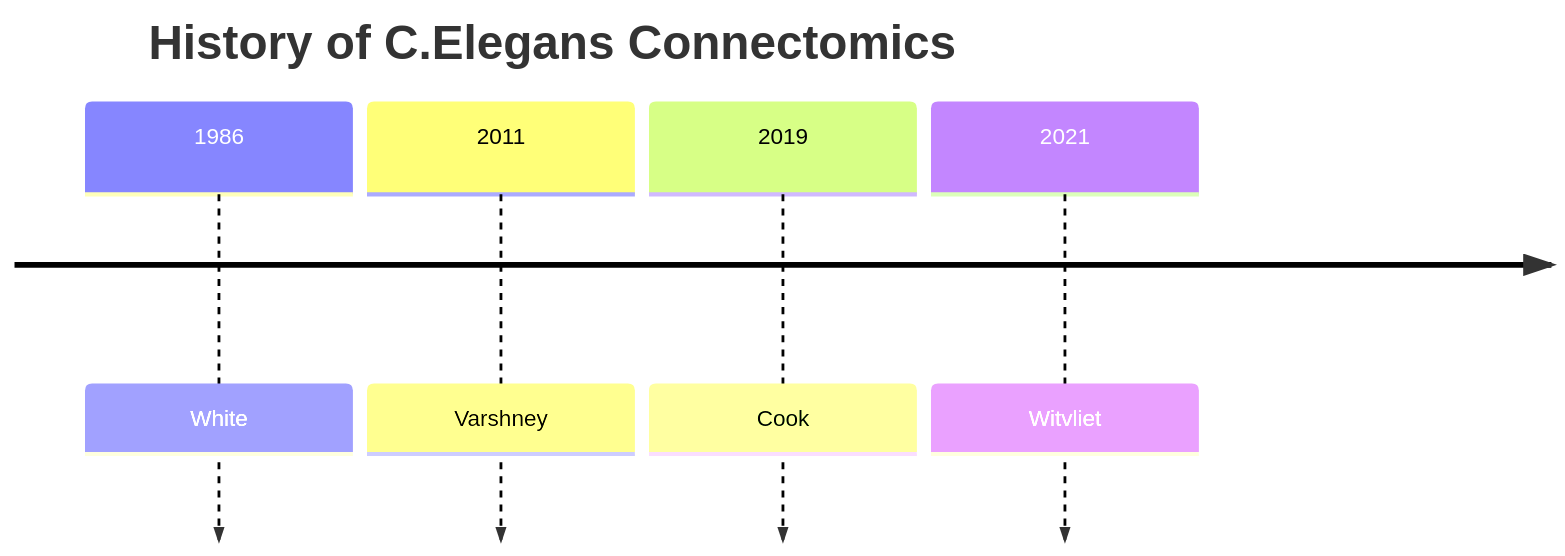
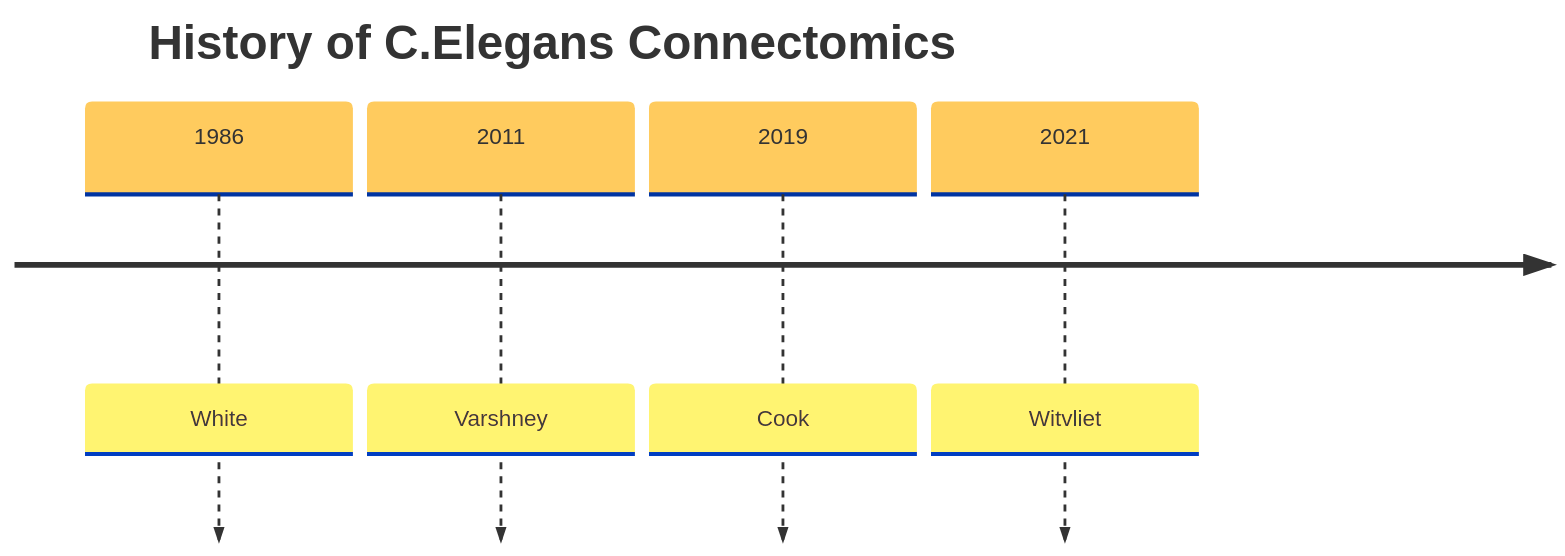
Before and after one commit to yasinthanvickneswaran/mermaidtest: the diagram in README.md, drawn with Mermaid.

````diff
--- a/README.md
+++ b/README.md
@@ -1,8 +1,9 @@
 ```mermaid
+%%{init: { 'logLevel': 'debug', 'theme': 'base', 'timeline': {'disableMulticolor': true}}}%%
   timeline
     title History of C.Elegans Connectomics
     1986 : White
     2011 : Varshney
     2019 : Cook
     2021 : Witvliet
 ```
````
